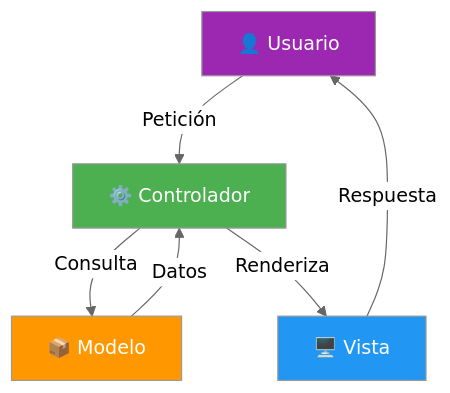
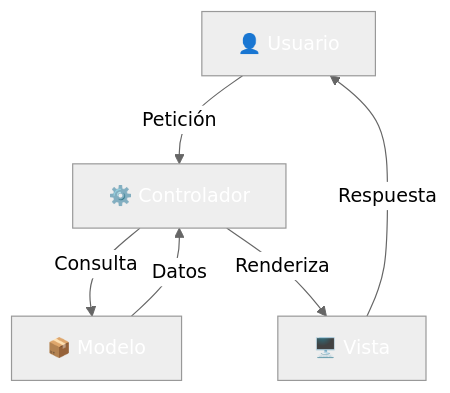
Before and after one commit to joseluisgs/DesarrolloWebEntornosServidor-01-2026-2027: the fifth of 5 diagrams in 03-arquitecturas-web.md, drawn with Mermaid (neutral theme). The commit also changed other lines of this file and 66 other files, not shown here.

First line of the commit message:
fix: normalizar titulos al castellano de frase y corregir la paleta de mermaid

````diff
--- a/03-arquitecturas-web.md
+++ b/03-arquitecturas-web.md
@@ -147,13 +147,13 @@
 ```mermaid
 graph TD
     A["👤 Usuario"] -->|"Petición"| B["⚙️ Controlador"]
     B -->|"Consulta"| C["📦 Modelo"]
     C -->|"Datos"| B
     B -->|"Renderiza"| D["🖥️ Vista"]
     D -->|"Respuesta"| A
 
-    style A fill:#9C27B0,color:#fff
-    style B fill:#4CAF50,color:#fff
-    style C fill:#FF9800,color:#fff
-    style D fill:#2196F3,color:#fff
+    style A fill:#9C27B,color:#fff0,color:#fff
+    style B fill:#4CAF5,color:#fff0,color:#fff
+    style C fill:#FF980,color:#fff0,color:#fff
+    style D fill:#2196F,color:#fff3,color:#fff
 ```
````
